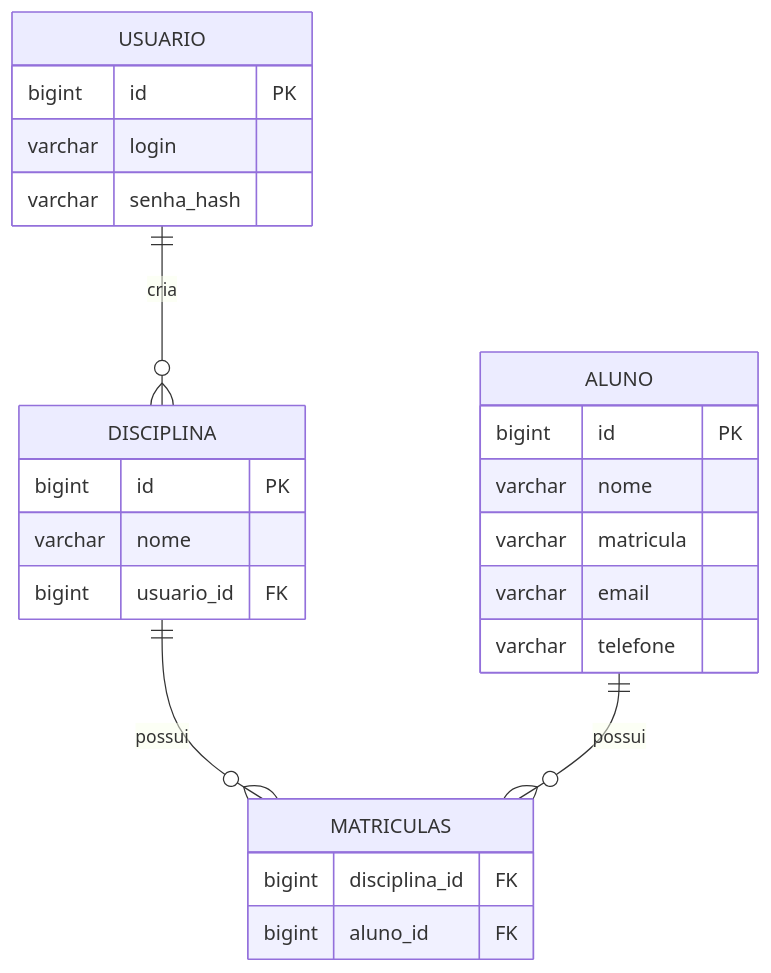
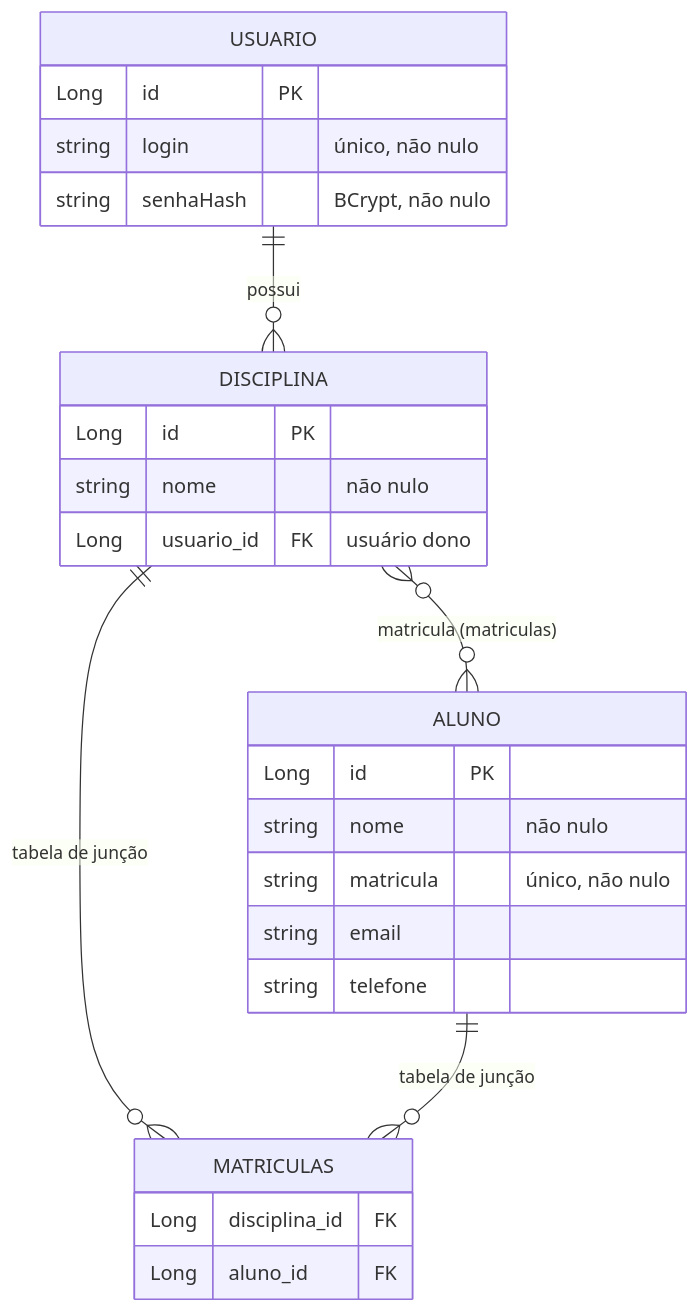
One commit to VictorHJesusSantiago/DualListHibernate changed the third of 6 diagrams in README_PT.md. Above: the diagram before and after it, drawn with Mermaid. The commit also changed other lines of this file and 1 other file, not shown here.

````diff
--- a/README_PT.md
+++ b/README_PT.md
@@ -395,28 +540,33 @@
 ```mermaid
 erDiagram
-    USUARIO ||--o{ DISCIPLINA : cria
-    DISCIPLINA ||--o{ MATRICULAS : possui
-    ALUNO ||--o{ MATRICULAS : possui
+    USUARIO ||--o{ DISCIPLINA : "possui"
+    DISCIPLINA }o--o{ ALUNO : "matricula (matriculas)"
 
     USUARIO {
-      bigint id PK
-      varchar login
-      varchar senha_hash
+        Long id PK
+        string login "único, não nulo"
+        string senhaHash "BCrypt, não nulo"
     }
+
     DISCIPLINA {
-      bigint id PK
-      varchar nome
-      bigint usuario_id FK
+        Long id PK
+        string nome "não nulo"
+        Long usuario_id FK "usuário dono"
     }
+
     ALUNO {
-      bigint id PK
-      varchar nome
-      varchar matricula
-      varchar email
-      varchar telefone
+        Long id PK
+        string nome "não nulo"
+        string matricula "único, não nulo"
+        string email
+        string telefone
     }
+
     MATRICULAS {
-      bigint disciplina_id FK
-      bigint aluno_id FK
+        Long disciplina_id FK
+        Long aluno_id FK
     }
+
+    DISCIPLINA ||--o{ MATRICULAS : "tabela de junção"
+    ALUNO ||--o{ MATRICULAS : "tabela de junção"
 ```
````
